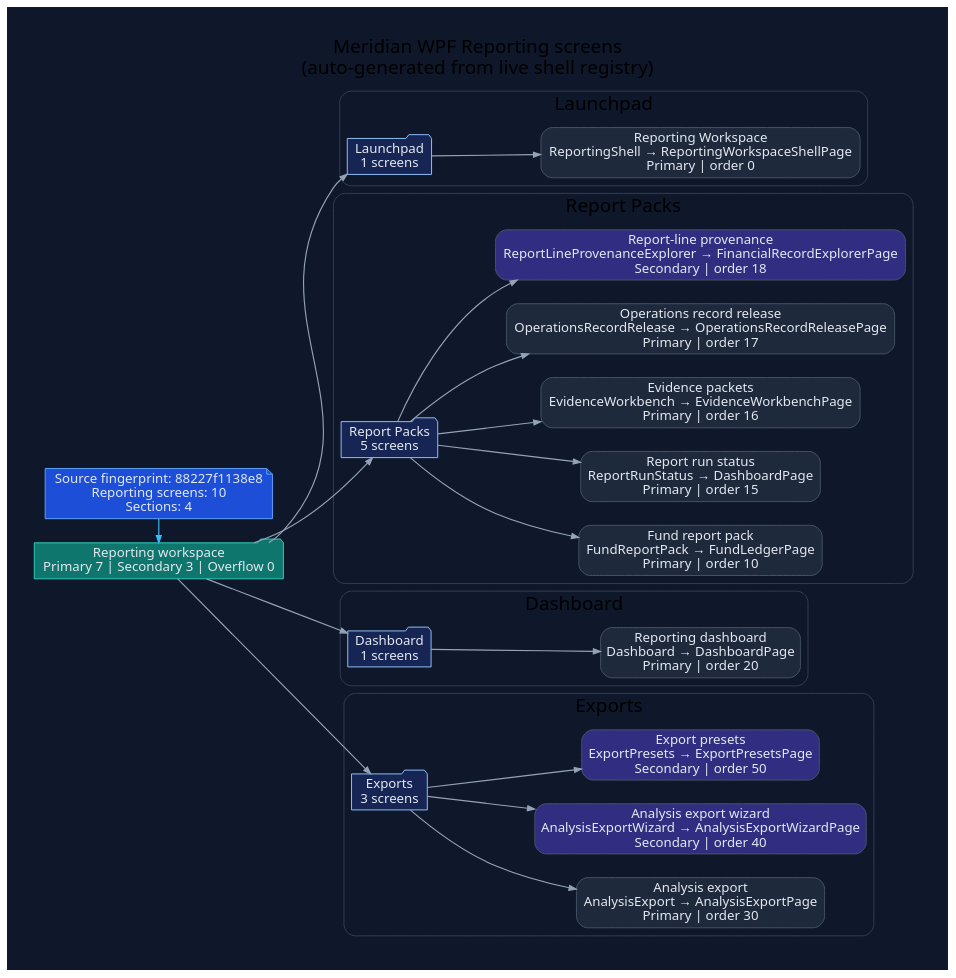
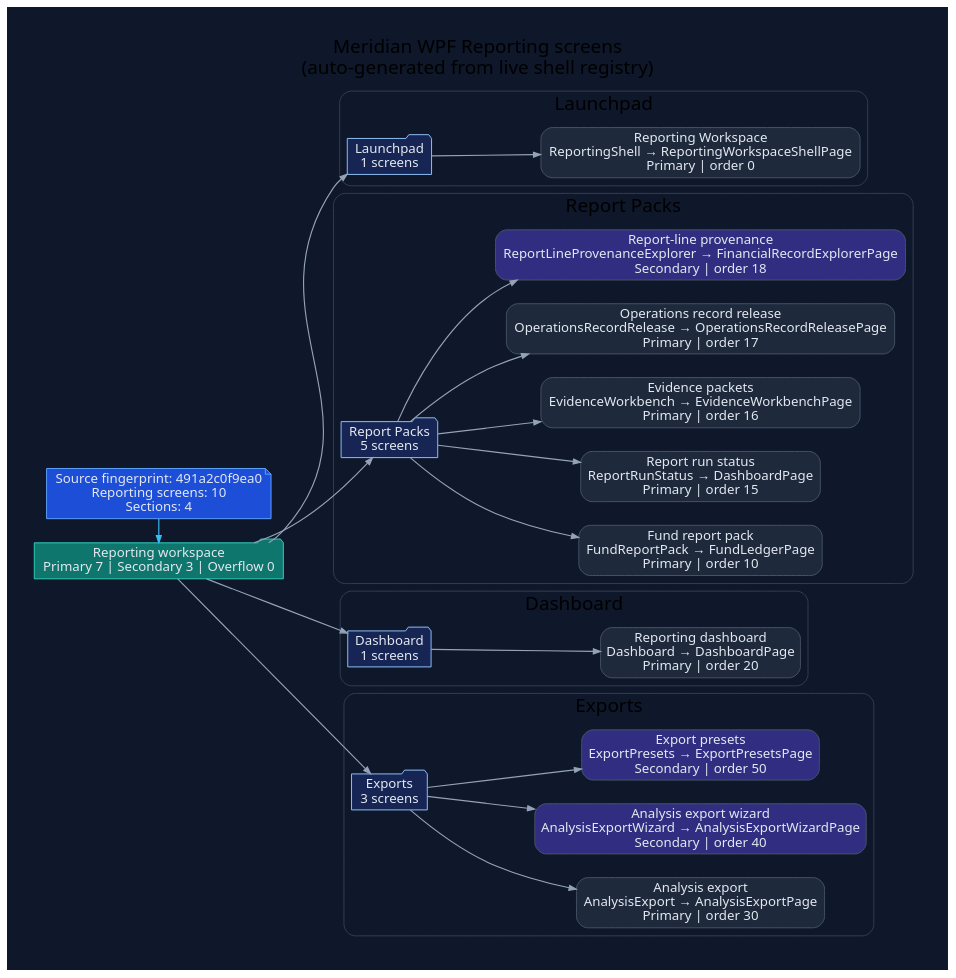
One commit to rodoHasArrived/Meridian-main changed the diagram in docs/diagrams/ui-wpf-screens-reporting.dot. Above: the diagram before and after it, drawn with Graphviz. The commit also changed 21 other files, not shown here.

First line of the commit message:
Regenerate WPF UI diagrams for the updated source fingerprint

```diff
--- a/docs/diagrams/ui-wpf-screens-reporting.dot
+++ b/docs/diagrams/ui-wpf-screens-reporting.dot
@@ -1,78 +1,78 @@
 // -----------------------------------------------------------------------------
 // <auto-generated>
 // Generated by scripts/generate-diagrams.mjs.
 // Do not edit this file directly; update the WPF source files instead.
 // -----------------------------------------------------------------------------
 digraph WpfReportingScreens {
   graph [
     rankdir=LR,
     labelloc=t,
     label="Meridian WPF Reporting screens\n(auto-generated from live shell registry)",
     fontname="Segoe UI",
     fontsize=20,
     pad=0.4,
     nodesep=0.35,
     ranksep=0.85,
     bgcolor="#0f172a"
   ];
   node [fontname="Segoe UI", shape=box, style="rounded,filled", color="#475569", fontcolor="#e2e8f0", fillcolor="#1e293b"];
   edge [fontname="Segoe UI", color="#94a3b8", penwidth=1.2, arrowsize=0.75];
 
-  generated [shape=note, fillcolor="#1d4ed8", color="#60a5fa", label="Source fingerprint: 88227f1138e8\nReporting screens: 10\nSections: 4"];
+  generated [shape=note, fillcolor="#1d4ed8", color="#60a5fa", label="Source fingerprint: 491a2c0f9ea0\nReporting screens: 10\nSections: 4"];
   workspace [shape=folder, fillcolor="#0f766e", color="#2dd4bf", label="Reporting workspace\nPrimary 7 | Secondary 3 | Overflow 0"];
   generated -> workspace [color="#38bdf8"];
 
   subgraph cluster_section_1 {
     label="Launchpad";
     color="#334155";
     style="rounded";
     section_1 [shape=folder, fillcolor="#172554", color="#93c5fd", label="Launchpad\n1 screens"];
     workspace -> section_1;
     screen_ReportingShell [fillcolor="#1e293b", label="Reporting Workspace\nReportingShell → ReportingWorkspaceShellPage\nPrimary | order 0"];
     section_1 -> screen_ReportingShell;
   }
 
   subgraph cluster_section_2 {
     label="Report Packs";
     color="#334155";
     style="rounded";
     section_2 [shape=folder, fillcolor="#172554", color="#93c5fd", label="Report Packs\n5 screens"];
     workspace -> section_2;
     screen_FundReportPack [fillcolor="#1e293b", label="Fund report pack\nFundReportPack → FundLedgerPage\nPrimary | order 10"];
     section_2 -> screen_FundReportPack;
     screen_ReportRunStatus [fillcolor="#1e293b", label="Report run status\nReportRunStatus → DashboardPage\nPrimary | order 15"];
     section_2 -> screen_ReportRunStatus;
     screen_EvidenceWorkbench [fillcolor="#1e293b", label="Evidence packets\nEvidenceWorkbench → EvidenceWorkbenchPage\nPrimary | order 16"];
     section_2 -> screen_EvidenceWorkbench;
     screen_OperationsRecordRelease [fillcolor="#1e293b", label="Operations record release\nOperationsRecordRelease → OperationsRecordReleasePage\nPrimary | order 17"];
     section_2 -> screen_OperationsRecordRelease;
     screen_ReportLineProvenanceExplorer [fillcolor="#312e81", label="Report-line provenance\nReportLineProvenanceExplorer → FinancialRecordExplorerPage\nSecondary | order 18"];
     section_2 -> screen_ReportLineProvenanceExplorer;
   }
 
   subgraph cluster_section_3 {
     label="Dashboard";
     color="#334155";
     style="rounded";
     section_3 [shape=folder, fillcolor="#172554", color="#93c5fd", label="Dashboard\n1 screens"];
     workspace -> section_3;
     screen_Dashboard [fillcolor="#1e293b", label="Reporting dashboard\nDashboard → DashboardPage\nPrimary | order 20"];
     section_3 -> screen_Dashboard;
   }
 
   subgraph cluster_section_4 {
     label="Exports";
     color="#334155";
     style="rounded";
     section_4 [shape=folder, fillcolor="#172554", color="#93c5fd", label="Exports\n3 screens"];
     workspace -> section_4;
     screen_AnalysisExport [fillcolor="#1e293b", label="Analysis export\nAnalysisExport → AnalysisExportPage\nPrimary | order 30"];
     section_4 -> screen_AnalysisExport;
     screen_AnalysisExportWizard [fillcolor="#312e81", label="Analysis export wizard\nAnalysisExportWizard → AnalysisExportWizardPage\nSecondary | order 40"];
     section_4 -> screen_AnalysisExportWizard;
     screen_ExportPresets [fillcolor="#312e81", label="Export presets\nExportPresets → ExportPresetsPage\nSecondary | order 50"];
     section_4 -> screen_ExportPresets;
   }
 
   { rank=min; generated; workspace; }
 }
```
